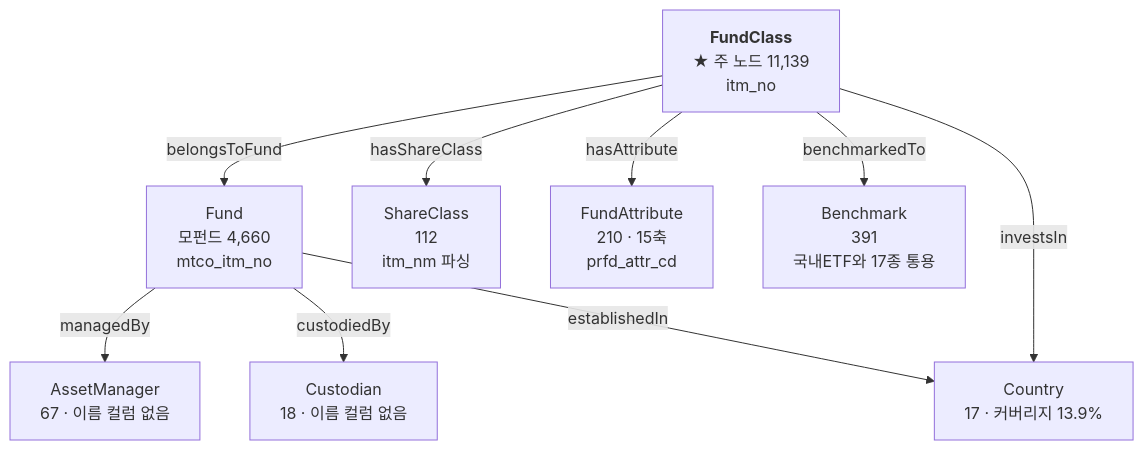
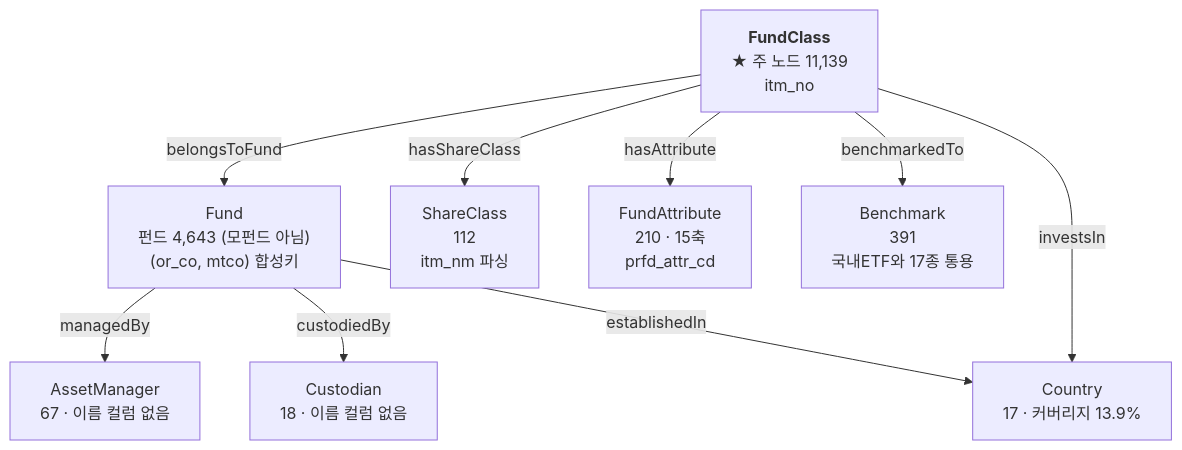
The diagram in docs/eda/public_funds_entity_map.md (Song-exp/miraeassetfesta), drawn with Mermaid before and after one commit. The commit also changed other lines of this file and 11 other files, not shown here.

````diff
--- a/docs/eda/public_funds_entity_map.md
+++ b/docs/eda/public_funds_entity_map.md
@@ -45,19 +47,19 @@
 ```mermaid
 graph TD
   FC["<b>FundClass</b><br/>★ 주 노드 11,139<br/>itm_no"]
-  FD["Fund<br/>모펀드 4,660<br/>mtco_itm_no"]
+  FD["Fund<br/>펀드 4,643 (모펀드 아님)<br/>(or_co, mtco) 합성키"]
   SC["ShareClass<br/>112<br/>itm_nm 파싱"]
   FA["FundAttribute<br/>210 · 15축<br/>prfd_attr_cd"]
   CO["Country<br/>17 · 커버리지 13.9%"]
   BM["Benchmark<br/>391<br/>국내ETF와 17종 통용"]
   AM["AssetManager<br/>67 · 이름 컬럼 없음"]
   CU["Custodian<br/>18 · 이름 컬럼 없음"]
   FC -->|belongsToFund| FD
   FD -->|managedBy| AM
   FD -->|custodiedBy| CU
   FD -->|establishedIn| CO
   FC -->|hasShareClass| SC
   FC -->|hasAttribute| FA
   FC -->|investsIn| CO
   FC -->|benchmarkedTo| BM
 ```
````
